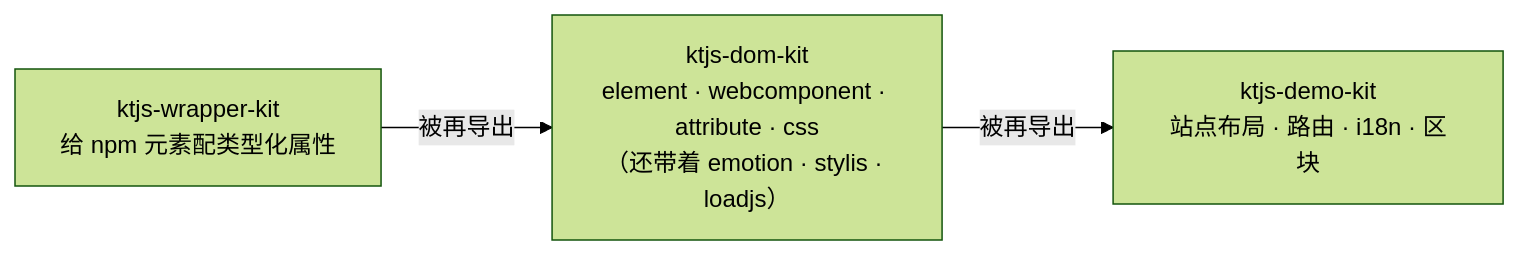
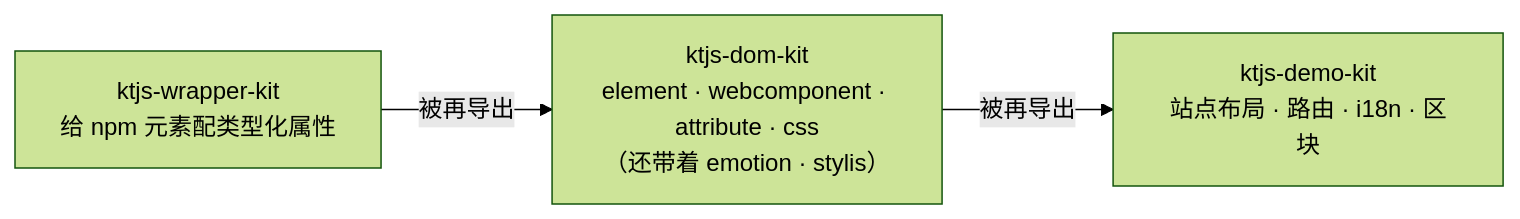
Before and after one commit to shijianjs/ktjs-dom-kit: the diagram in docs/src/jsMain/resources/i18n/zh-Hans/docusaurus-plugin-content-docs/current/guide/getting-started.md, drawn with Mermaid (forest theme). The commit also changed other lines of this file and 24 other files, not shown here.

````diff
--- a/docs/src/jsMain/resources/i18n/zh-Hans/docusaurus-plugin-content-docs/current/guide/getting-started.md
+++ b/docs/src/jsMain/resources/i18n/zh-Hans/docusaurus-plugin-content-docs/current/guide/getting-started.md
@@ -20,8 +20,8 @@
 ```mermaid
 flowchart LR
   W["ktjs-wrapper-kit<br/>给 npm 元素配类型化属性"]
-  D["ktjs-dom-kit<br/>element · webcomponent · attribute · css<br/>（还带着 emotion · stylis · loadjs）"]
+  D["ktjs-dom-kit<br/>element · webcomponent · attribute · css<br/>（还带着 emotion · stylis）"]
   M["ktjs-demo-kit<br/>站点布局 · 路由 · i18n · 区块"]
   W -->|"被再导出"| D
   D -->|"被再导出"| M
 ```
````
